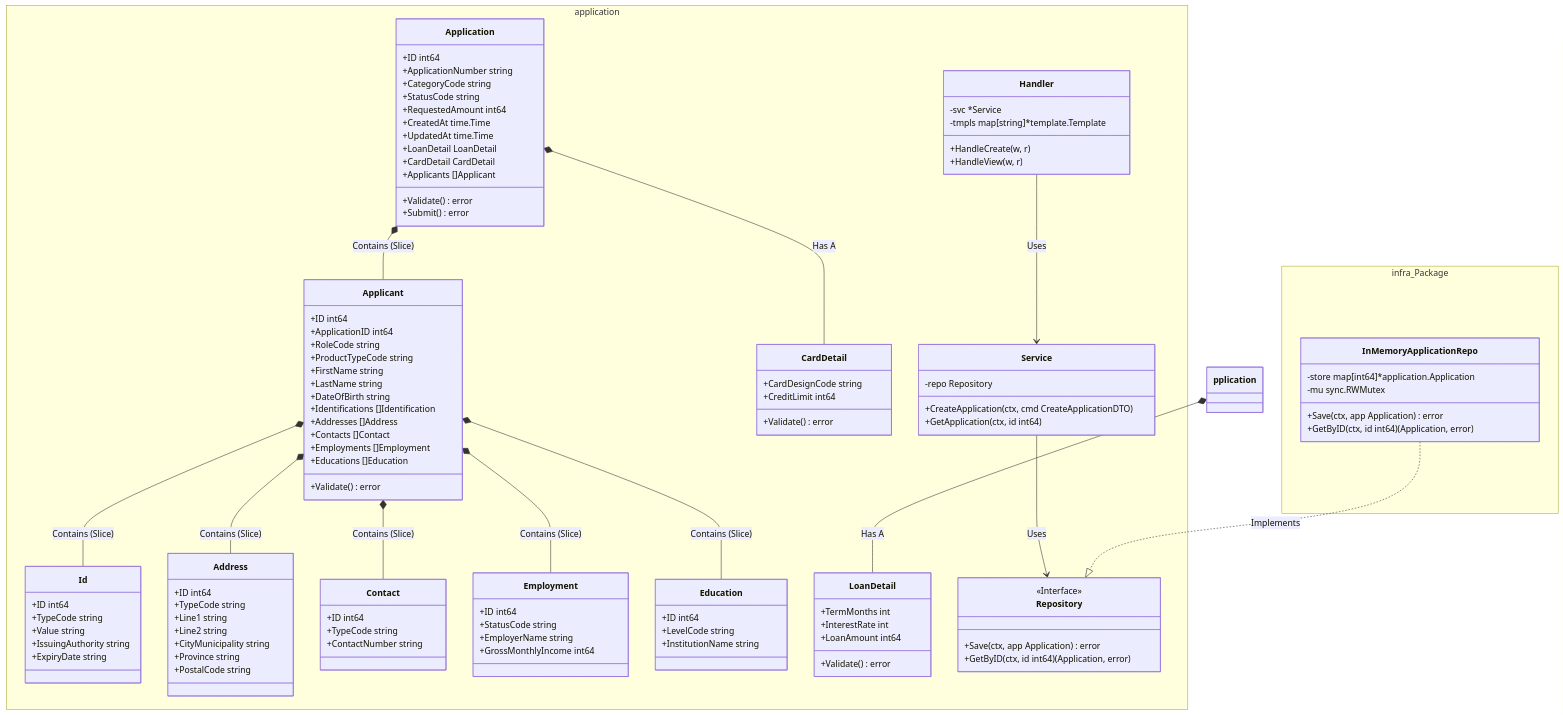
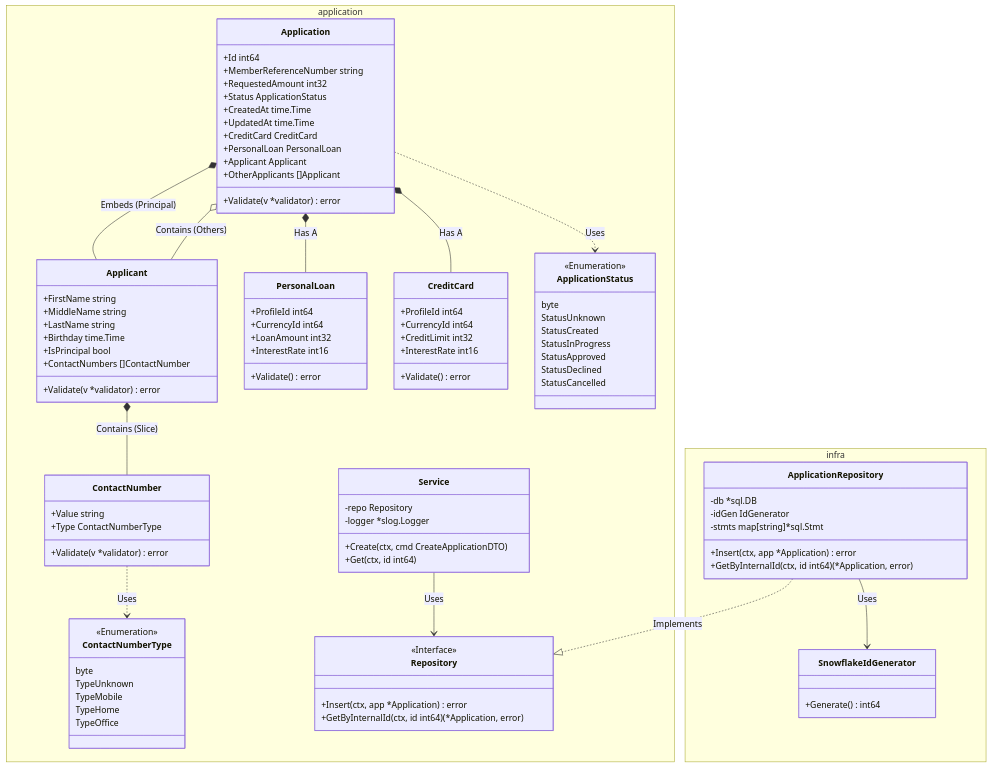
Before and after one commit to drownedsound/blackdog: the first of 2 diagrams in readme.md, drawn with Mermaid. The commit also changed other lines of this file, not shown here.

````diff
--- a/readme.md
+++ b/readme.md
@@ -82,129 +112,114 @@
 ```mermaid
 classDiagram
-namespace application {
-%% AGGREGATE ROOT
-class Application {
-+ID int64
-+ApplicationNumber string
-+CategoryCode string
-+StatusCode string
-+RequestedAmount int64
-+CreatedAt time.Time
-+UpdatedAt time.Time
-+LoanDetail LoanDetail
-+CardDetail CardDetail
-+Applicants []Applicant
-+Validate() error
-+Submit() error
-}
+    namespace application {
+        %% AGGREGATE ROOT
+        class Application {
+            +Id int64
+            +MemberReferenceNumber string
+            +RequestedAmount int32
+            +Status ApplicationStatus
+            +CreatedAt time.Time
+            +UpdatedAt time.Time
+            +CreditCard CreditCard
+            +PersonalLoan PersonalLoan
+            +Applicant Applicant
+            +OtherApplicants []Applicant
+            +Validate(v *validator) error
+        }
 
-%% ENTITIES & VALUE OBJECTS
-class Applicant {
-+ID int64
-+ApplicationID int64
-+RoleCode string
-+ProductTypeCode string
-+FirstName string
-+LastName string
-+DateOfBirth string
-+Identifications []Identification
-+Addresses []Address
-+Contacts []Contact
-+Employments []Employment
-+Educations []Education
-+Validate() error
-}
+        %% ENTITIES & VALUE OBJECTS
+        class Applicant {
+            +FirstName string
+            +MiddleName string
+            +LastName string
+            +Birthday time.Time
+            +IsPrincipal bool
+            +ContactNumbers []ContactNumber
+            +Validate(v *validator) error
+        }
 
-class Id {
-+ID int64
-+TypeCode string
-+Value string
-+IssuingAuthority string
-+ExpiryDate string
-}
+        class ContactNumber {
+            +Value string
+            +Type ContactNumberType
+            +Validate(v *validator) error
+        }
 
-class Address {
-+ID int64
-+TypeCode string
-+Line1 string
-+Line2 string
-+CityMunicipality string
-+Province string
-+PostalCode string
-}
+        class PersonalLoan {
+            +ProfileId int64
+            +CurrencyId int64
+            +LoanAmount int32
+            +InterestRate int16
+            +Validate() error
+        }
 
-class Contact {
-+ID int64
-+TypeCode string
-+ContactNumber string
-}
+        class CreditCard {
+            +ProfileId int64
+            +CurrencyId int64
+            +CreditLimit int32
+            +InterestRate int16
+            +Validate() error
+        }
 
-class Employment {
-+ID int64
-+StatusCode string
-+EmployerName string
-+GrossMonthlyIncome int64
-}
+        %% ENUMS / TYPES
+        class ApplicationStatus {
+            <<Enumeration>>
+            byte
+            StatusUnknown
+            StatusCreated
+            StatusInProgress
+            StatusApproved
+            StatusDeclined
+            StatusCancelled
+        }
 
-class Education {
-+ID int64
-+LevelCode string
-+InstitutionName string
-}
+        class ContactNumberType {
+            <<Enumeration>>
+            byte
+            TypeUnknown
+            TypeMobile
+            TypeHome
+            TypeOffice
+        }
 
-class LoanDetail {
-+TermMonths int
-+InterestRate int
-+LoanAmount int64
-+Validate() error
-}
+        %% INTERFACES
+        class Repository {
+            <<Interface>>
+            +Insert(ctx, app *Application) error
+            +GetByInternalId(ctx, id int64) (*Application, error)
+        }
+        
+        class Service {
+            -repo Repository
+            -logger *slog.Logger
+            +Create(ctx, cmd CreateApplicationDTO)
+            +Get(ctx, id int64)
+        }
+    }
 
-class CardDetail {
-+CardDesignCode string
-+CreditLimit int64
-+Validate() error
-}
+    namespace infra {
+        class ApplicationRepository {
+            -db *sql.DB
+            -idGen IdGenerator
+            -stmts map[string]*sql.Stmt
+            +Insert(ctx, app *Application) error
+            +GetByInternalId(ctx, id int64) (*Application, error)
+        }
+        
+        class SnowflakeIdGenerator {
+            +Generate() int64
+        }
+    }
 
-%% SERVICES
-class Service {
--repo Repository
-+CreateApplication(ctx, cmd CreateApplicationDTO)
-+GetApplication(ctx, id int64)
-}
+    %% RELATIONSHIPS
+    Application *-- Applicant : Embeds (Principal)
+    Application o-- Applicant : Contains (Others)
+    Application *-- PersonalLoan : Has A
+    Application *-- CreditCard : Has A
+    Application ..> ApplicationStatus : Uses
+    Applicant *-- ContactNumber : Contains (Slice)
+    ContactNumber ..> ContactNumberType : Uses
 
-class Repository {
-<<Interface>>
-+Save(ctx, app Application) error
-+GetByID(ctx, id int64) (Application, error)
-}
-
-class Handler {
--svc *Service
--tmpls map[string]*template.Template
-+HandleCreate(w, r)
-+HandleView(w, r)
-}
-}
-
-namespace infra_Package {
-class InMemoryApplicationRepo {
--store map[int64]*application.Application
--mu sync.RWMutex
-+Save(ctx, app Application) error
-+GetByID(ctx, id int64) (Application, error)
-}
-}
-
-%% RELATIONSHIPS
-Application *-- Applicant : Contains (Slice)
-pplication *-- LoanDetail : Has A
-Application *-- CardDetail : Has A
-Applicant *-- Id : Contains (Slice)
-Applicant *-- Address : Contains (Slice)
-Applicant *-- Contact : Contains (Slice)
-Applicant *-- Employment : Contains (Slice)
-Applicant *-- Education : Contains (Slice)
-Service --> Repository : Uses
-Handler --> Service : Uses
-InMemoryApplicationRepo ..|> Repository : Implements
+    Service --> Repository : Uses
+    ApplicationRepository ..|> Repository : Implements
+    ApplicationRepository --> SnowflakeIdGenerator : Uses
 ```
````
